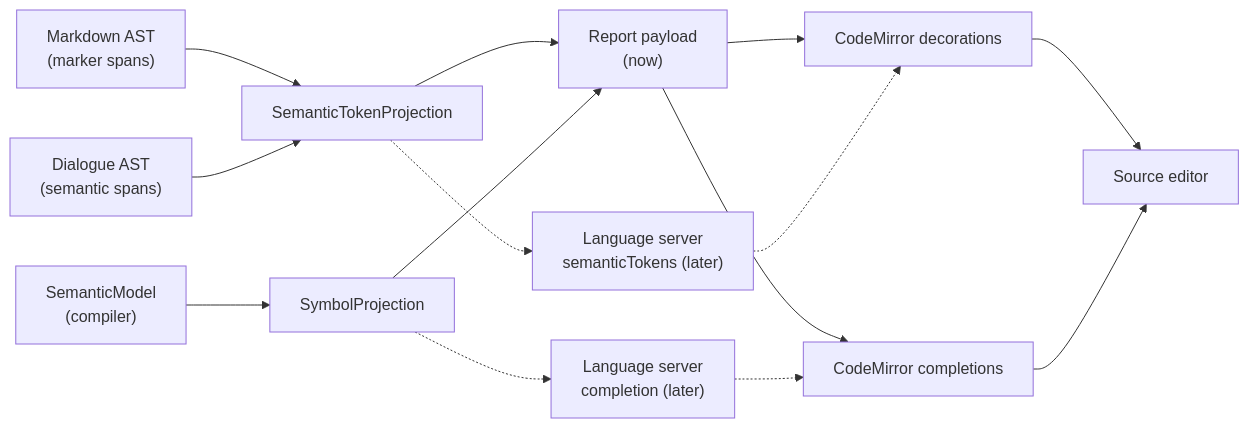
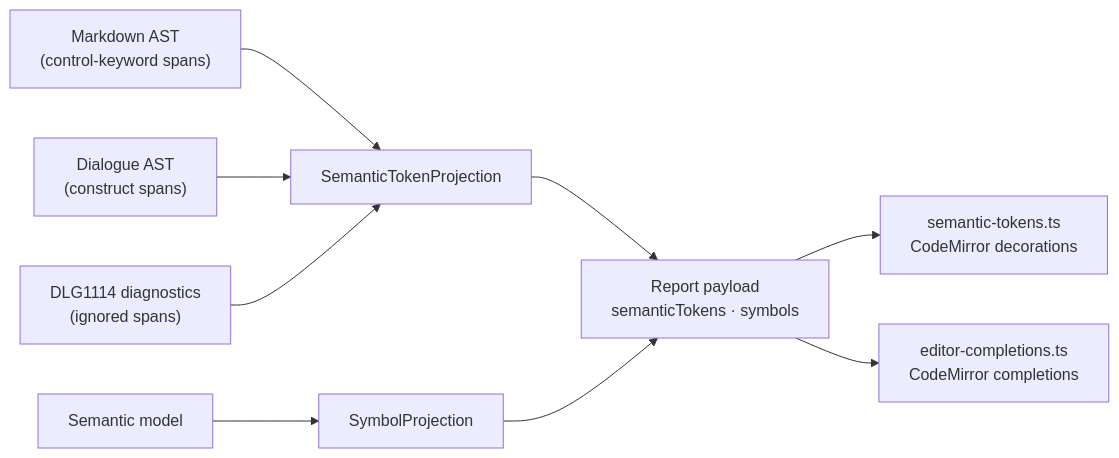
Before and after one commit to pengzhengyi/dialoguedown: the diagram in docs/contributing/design-notes/visualization/editor/Compiler-Projected Editor Semantics.md, drawn with Mermaid. The commit also changed other lines of this file and 124 other files, not shown here.

````diff
--- a/docs/contributing/design-notes/visualization/editor/Compiler-Projected Editor Semantics.md
+++ b/docs/contributing/design-notes/visualization/editor/Compiler-Projected Editor Semantics.md
@@ -180,16 +45,11 @@
 ```mermaid
 flowchart LR
-    MD["Markdown AST<br/>(marker spans)"] --> TP["SemanticTokenProjection"]
-    AST["Dialogue AST<br/>(semantic spans)"] --> TP
-    SM["SemanticModel<br/>(compiler)"] --> SP["SymbolProjection"]
-    TP --> PAY["Report payload<br/>(now)"]
+    MD["Markdown AST<br/>(control-keyword spans)"] --> TP["SemanticTokenProjection"]
+    AST["Dialogue AST<br/>(construct spans)"] --> TP
+    DG["DLG1114 diagnostics<br/>(ignored spans)"] --> TP
+    SM["Semantic model"] --> SP["SymbolProjection"]
+    TP --> PAY["Report payload<br/>semanticTokens · symbols"]
     SP --> PAY
-    TP -.-> LSP["Language server<br/>semanticTokens (later)"]
-    SP -.-> LSPC["Language server<br/>completion (later)"]
-    PAY --> HL["CodeMirror decorations"]
-    PAY --> CMP["CodeMirror completions"]
-    LSP -.-> HL
-    LSPC -.-> CMP
-    HL --> ED["Source editor"]
-    CMP --> ED
+    PAY --> HL["semantic-tokens.ts<br/>CodeMirror decorations"]
+    PAY --> CMP["editor-completions.ts<br/>CodeMirror completions"]
 ```
````
